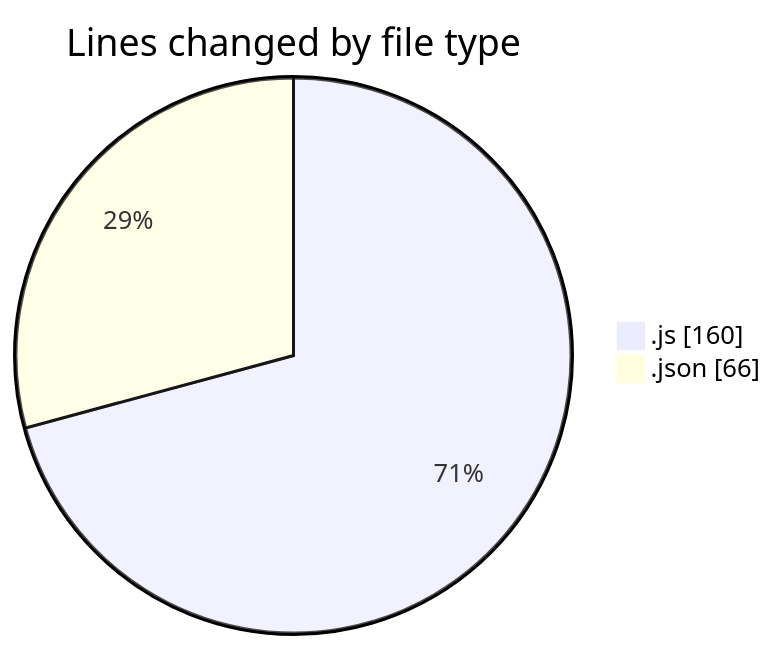
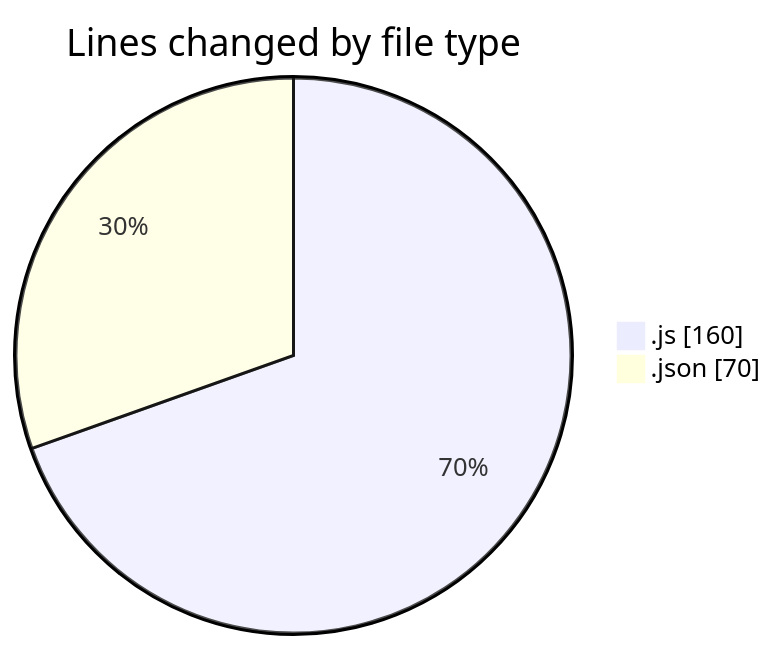
Before and after one commit to BS-eng2023/code-tracking: the first of 2 diagrams in 2025-03-24/aufgabe_250321/README.md, drawn with Mermaid. The commit also changed other lines of this file and 1 other file, not shown here.

````diff
--- a/2025-03-24/aufgabe_250321/README.md
+++ b/2025-03-24/aufgabe_250321/README.md
@@ -23,6 +23,6 @@
 ```mermaid
 pie showData
 title Lines changed by file type
 ".js" : 160
-".json" : 66
+".json" : 70
 ```
````
